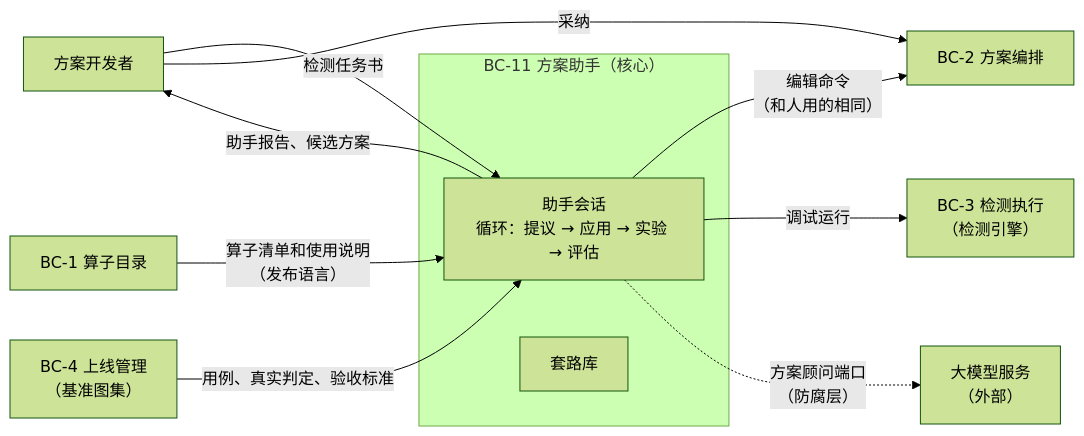
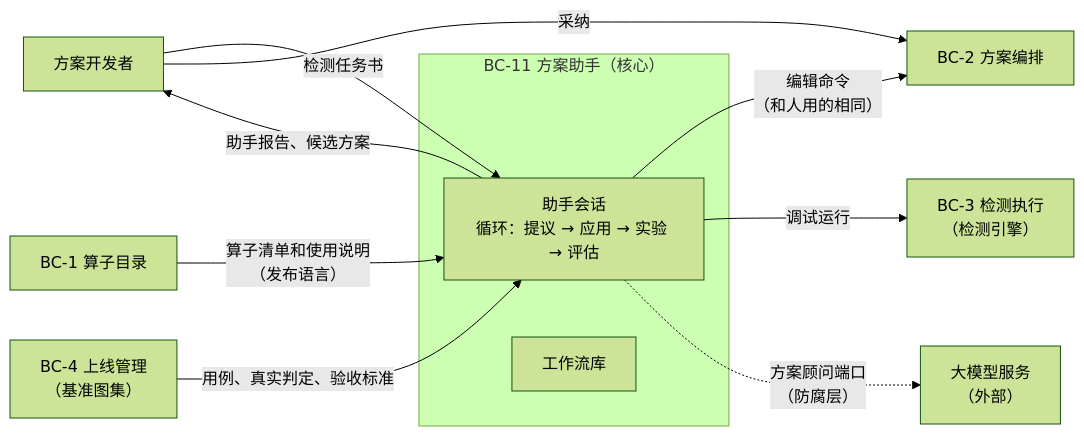
Before and after one commit to lijilin12-coder/vision-platform: the first of 2 diagrams in docs/ddd/07-recipe-assistant.md, drawn with Mermaid (forest theme). The commit also changed other lines of this file and 9 other files, not shown here.

````diff
--- a/docs/ddd/07-recipe-assistant.md
+++ b/docs/ddd/07-recipe-assistant.md
@@ -169,22 +169,22 @@
 ```mermaid
 flowchart LR
     U["方案开发者"]
     subgraph BC11["BC-11 方案助手（核心）"]
         S["助手会话<br/>循环：提议 → 应用 → 实验 → 评估"]
-        P["套路库"]
+        P["工作流库"]
     end
     BC1["BC-1 算子目录"]
     BC2["BC-2 方案编排"]
     BC3["BC-3 检测执行<br/>（检测引擎）"]
     BC4["BC-4 上线管理<br/>（基准图集）"]
     LLM["大模型服务<br/>（外部）"]
 
     U -->|"检测任务书"| S
     S -->|"助手报告、候选方案"| U
     U -->|"采纳"| BC2
     BC1 -->|"算子清单和使用说明<br/>（发布语言）"| S
     S -->|"编辑命令<br/>（和人用的相同）"| BC2
     S -->|"调试运行"| BC3
     BC4 -->|"用例、真实判定、验收标准"| S
     S -.->|"方案顾问端口<br/>（防腐层）"| LLM
 ```
````
